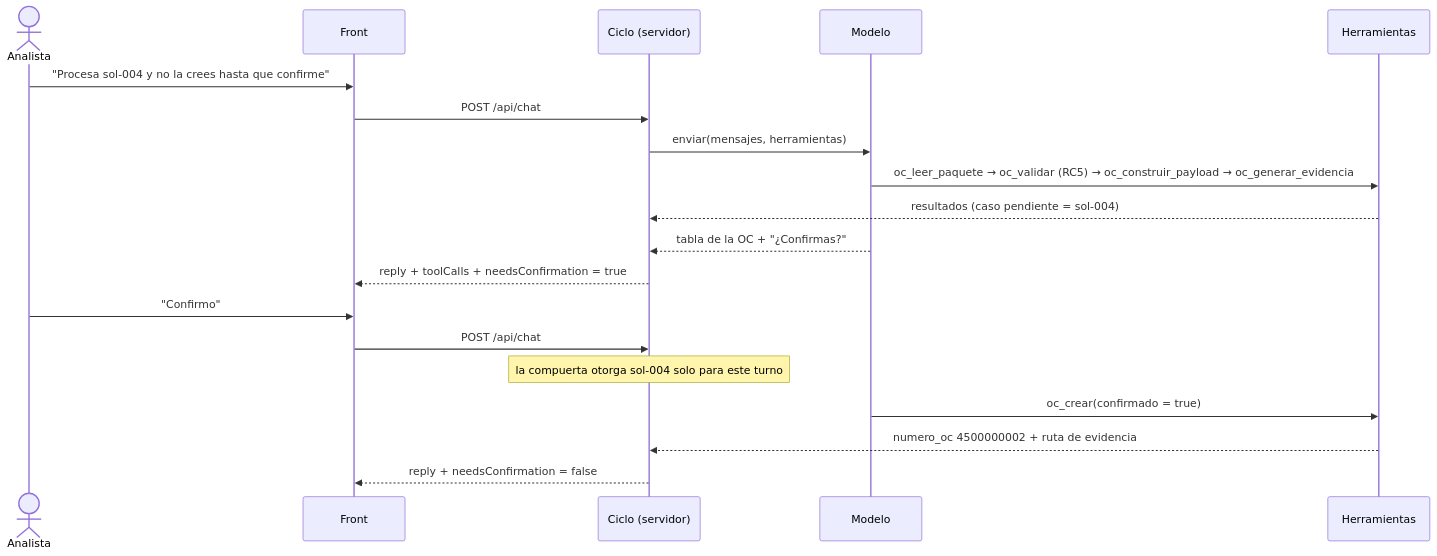
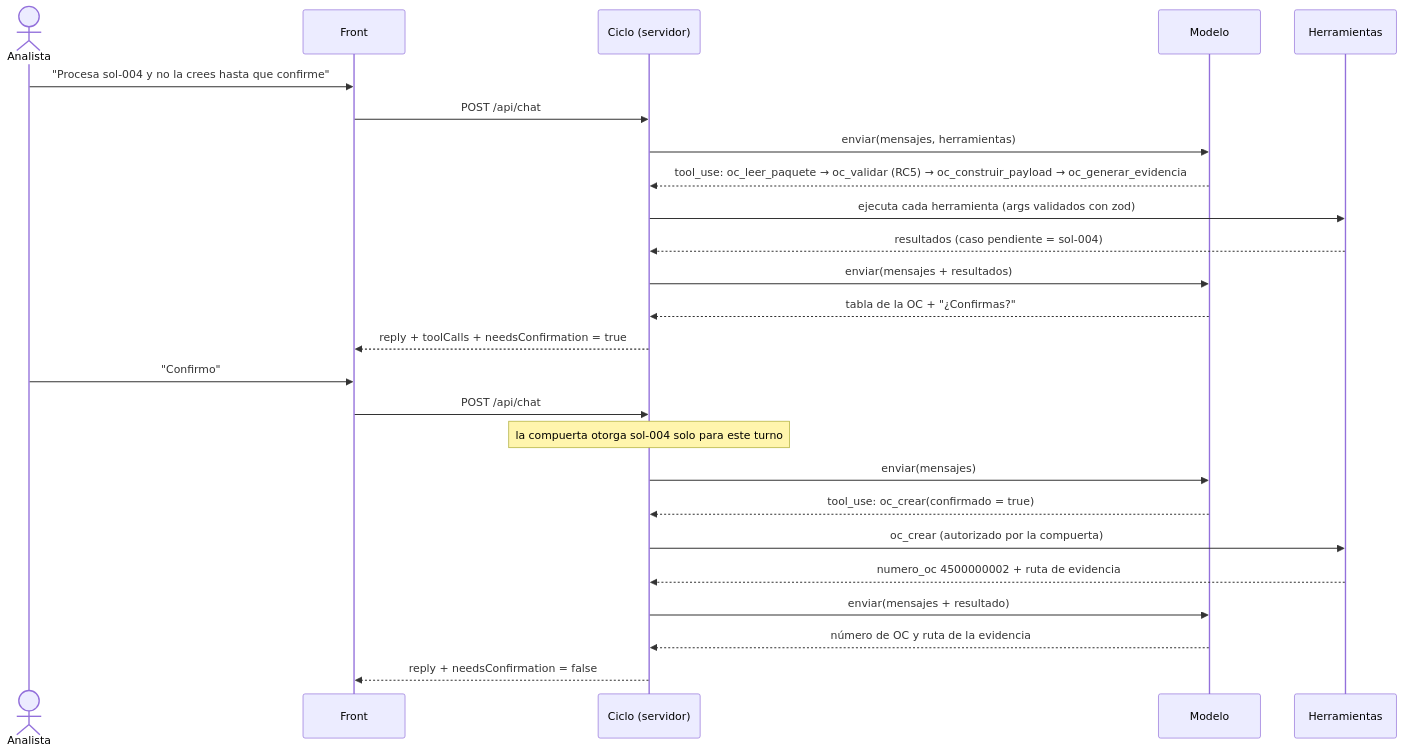
One commit to JSBeltran93/reto-03-beltran changed the second of 2 diagrams in SOLUCION.md. Above: the diagram before and after it, drawn with Mermaid. The commit also changed other lines of this file and 6 other files, not shown here.

````diff
--- a/SOLUCION.md
+++ b/SOLUCION.md
@@ -92,21 +92,27 @@
 ```mermaid
 sequenceDiagram
   actor A as Analista
   participant F as Front
   participant C as Ciclo (servidor)
   participant M as Modelo
   participant H as Herramientas
   A->>F: "Procesa sol-004 y no la crees hasta que confirme"
   F->>C: POST /api/chat
   C->>M: enviar(mensajes, herramientas)
-  M->>H: oc_leer_paquete → oc_validar (RC5) → oc_construir_payload → oc_generar_evidencia
+  M-->>C: tool_use: oc_leer_paquete → oc_validar (RC5) → oc_construir_payload → oc_generar_evidencia
+  C->>H: ejecuta cada herramienta (args validados con zod)
   H-->>C: resultados (caso pendiente = sol-004)
+  C->>M: enviar(mensajes + resultados)
   M-->>C: tabla de la OC + "¿Confirmas?"
   C-->>F: reply + toolCalls + needsConfirmation = true
   A->>F: "Confirmo"
   F->>C: POST /api/chat
   Note over C: la compuerta otorga sol-004 solo para este turno
-  M->>H: oc_crear(confirmado = true)
+  C->>M: enviar(mensajes)
+  M-->>C: tool_use: oc_crear(confirmado = true)
+  C->>H: oc_crear (autorizado por la compuerta)
   H-->>C: numero_oc 4500000002 + ruta de evidencia
+  C->>M: enviar(mensajes + resultado)
+  M-->>C: número de OC y ruta de la evidencia
   C-->>F: reply + needsConfirmation = false
 ```
````
